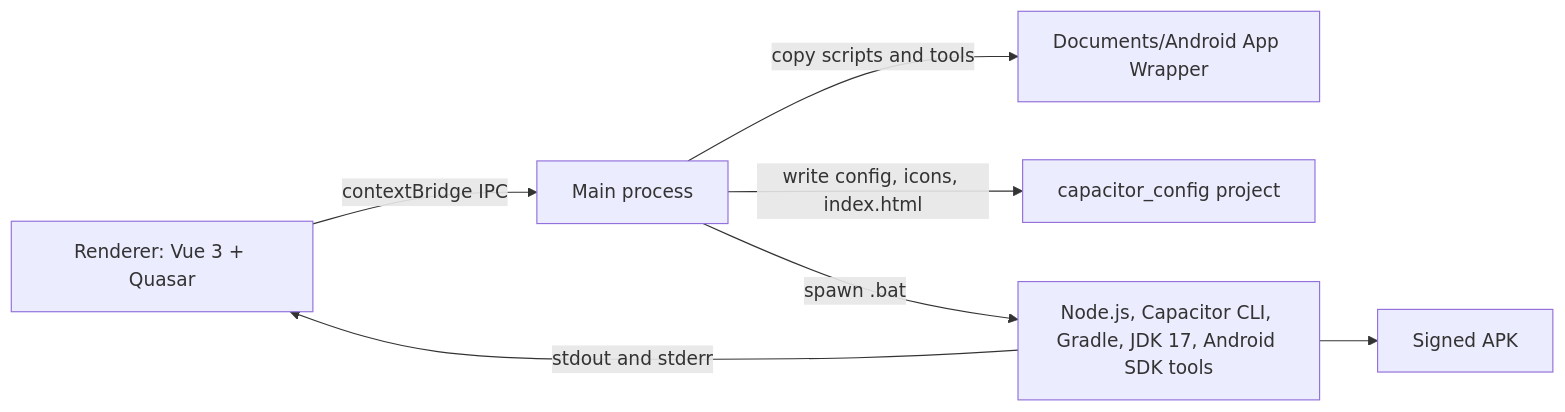
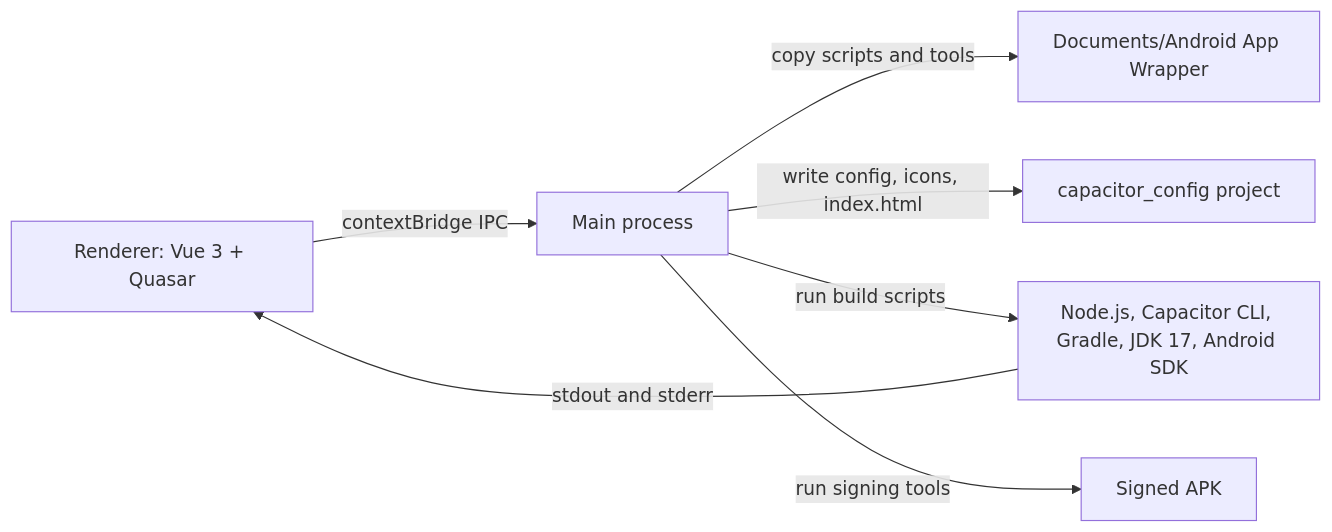
One commit to VitalJeevanjot/app-wrapper changed the diagram in README.md. Above: the diagram before and after it, drawn with Mermaid. The commit also changed other lines of this file and 34 other files, not shown here.

Commit message:
Fetch the Windows toolchain and harden APK signing

````diff
--- a/README.md
+++ b/README.md
@@ -20,9 +20,9 @@
 ```mermaid
 flowchart LR
   UI["Renderer: Vue 3 + Quasar"] -->|"contextBridge IPC"| MAIN["Main process"]
   MAIN -->|"copy scripts and tools"| DOCS["Documents/Android App Wrapper"]
   MAIN -->|"write config, icons, index.html"| CAP["capacitor_config project"]
-  MAIN -->|"spawn .bat"| TOOLS["Node.js, Capacitor CLI, Gradle, JDK 17, Android SDK tools"]
+  MAIN -->|"run build scripts"| TOOLS["Node.js, Capacitor CLI, Gradle, JDK 17, Android SDK"]
   TOOLS -->|"stdout and stderr"| UI
-  TOOLS --> APK["Signed APK"]
+  MAIN -->|"run signing tools"| APK["Signed APK"]
 ```
````
